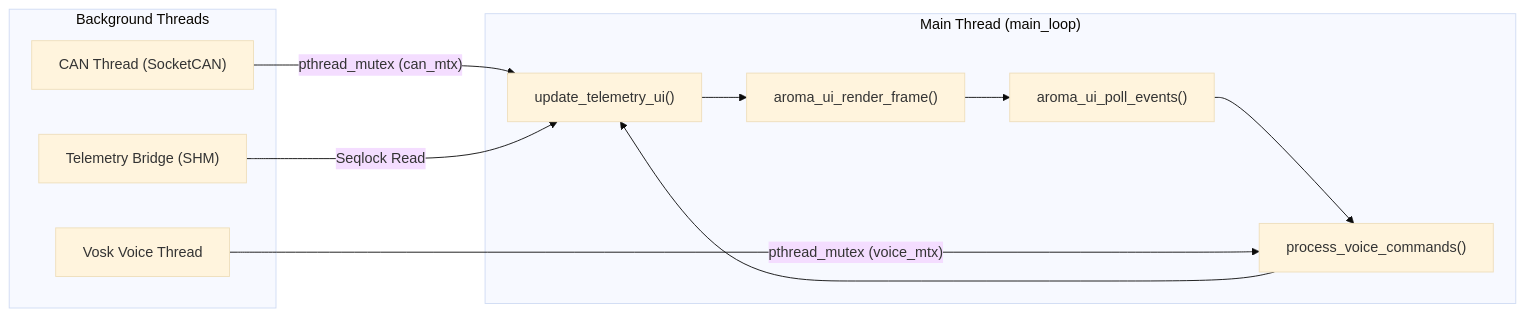
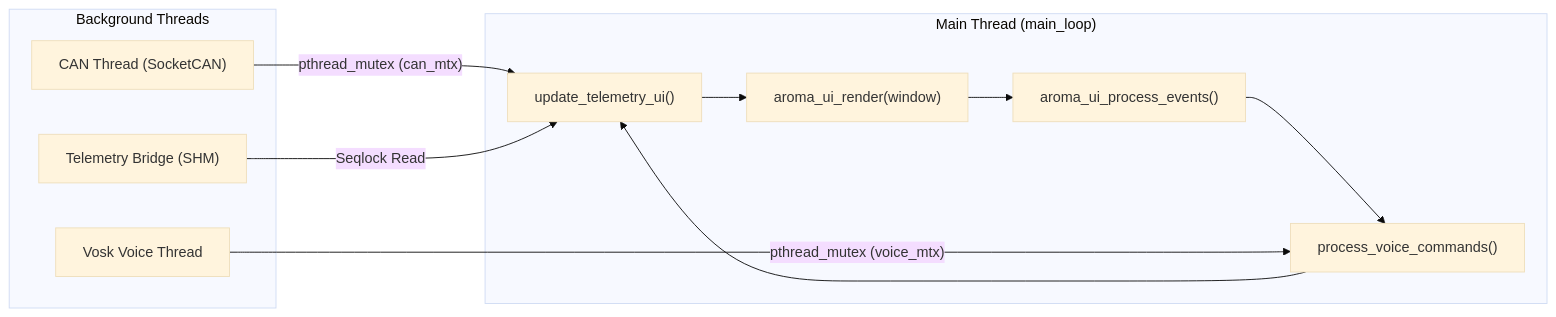
One commit to BinaryInkTN/AromaUI changed the first of 3 diagrams in docs/example-applications/Car-Infotainment.md. Above: the diagram before and after it, drawn with Mermaid (base theme). The commit also changed other lines of this file and 38 other files, not shown here.

````diff
--- a/docs/example-applications/Car-Infotainment.md
+++ b/docs/example-applications/Car-Infotainment.md
@@ -21,21 +21,21 @@
 ```mermaid
 flowchart LR
     subgraph subGraph1 ["Background Threads"]
         CAN["CAN Thread (SocketCAN)"]
         VOICE["Vosk Voice Thread"]
         SHM["Telemetry Bridge (SHM)"]
     end
     subgraph subGraph0 ["Main Thread (main_loop)"]
-        A["aroma_ui_poll_events()"]
+        A["aroma_ui_process_events()"]
         B["process_voice_commands()"]
         C["update_telemetry_ui()"]
-        D["aroma_ui_render_frame()"]
+        D["aroma_ui_render(window)"]
     end
     A --> B
     B --> C
     C --> D
     D --> A
     CAN -->|"pthread_mutex (can_mtx)"| C
     VOICE -->|"pthread_mutex (voice_mtx)"| B
     SHM -->|"Seqlock Read"| C
 ```
````
